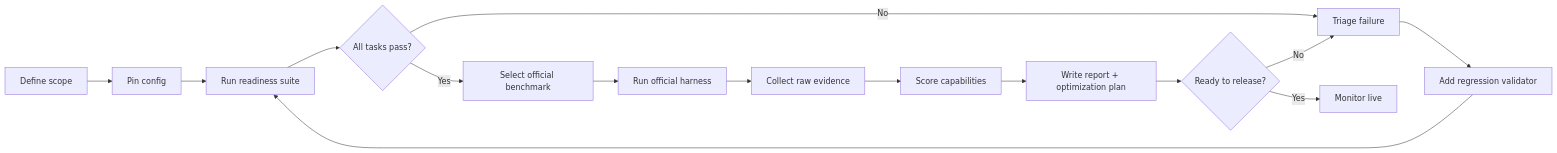
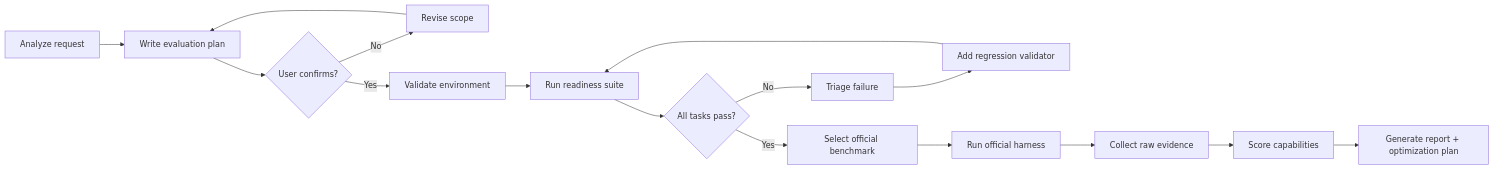
Before and after one commit to fuzhengwei/xfg-agent-review-skills: the diagram in README.md, drawn with Mermaid. The commit also changed other lines of this file and 1 other file, not shown here.

Commit message:
docs: require evaluation plan and document reliability

````diff
--- a/README.md
+++ b/README.md
@@ -96,17 +32,18 @@
 ```mermaid
 flowchart LR
-  A[Define scope] --> B[Pin config]
-  B --> C[Run readiness suite]
-  C --> D{All tasks pass?}
-  D -- No --> E[Triage failure]
-  E --> F[Add regression validator]
-  F --> C
-  D -- Yes --> G[Select official benchmark]
-  G --> H[Run official harness]
-  H --> I[Collect raw evidence]
-  I --> J[Score capabilities]
-  J --> K[Write report + optimization plan]
-  K --> L{Ready to release?}
-  L -- No --> E
-  L -- Yes --> M[Monitor live]
+  A[Analyze request] --> B[Write evaluation plan]
+  B --> C{User confirms?}
+  C -- No --> D[Revise scope]
+  D --> B
+  C -- Yes --> E[Validate environment]
+  E --> F[Run readiness suite]
+  F --> G{All tasks pass?}
+  G -- No --> H[Triage failure]
+  H --> I[Add regression validator]
+  I --> F
+  G -- Yes --> J[Select official benchmark]
+  J --> K[Run official harness]
+  K --> L[Collect raw evidence]
+  L --> M[Score capabilities]
+  M --> N[Generate report + optimization plan]
 ```
````
